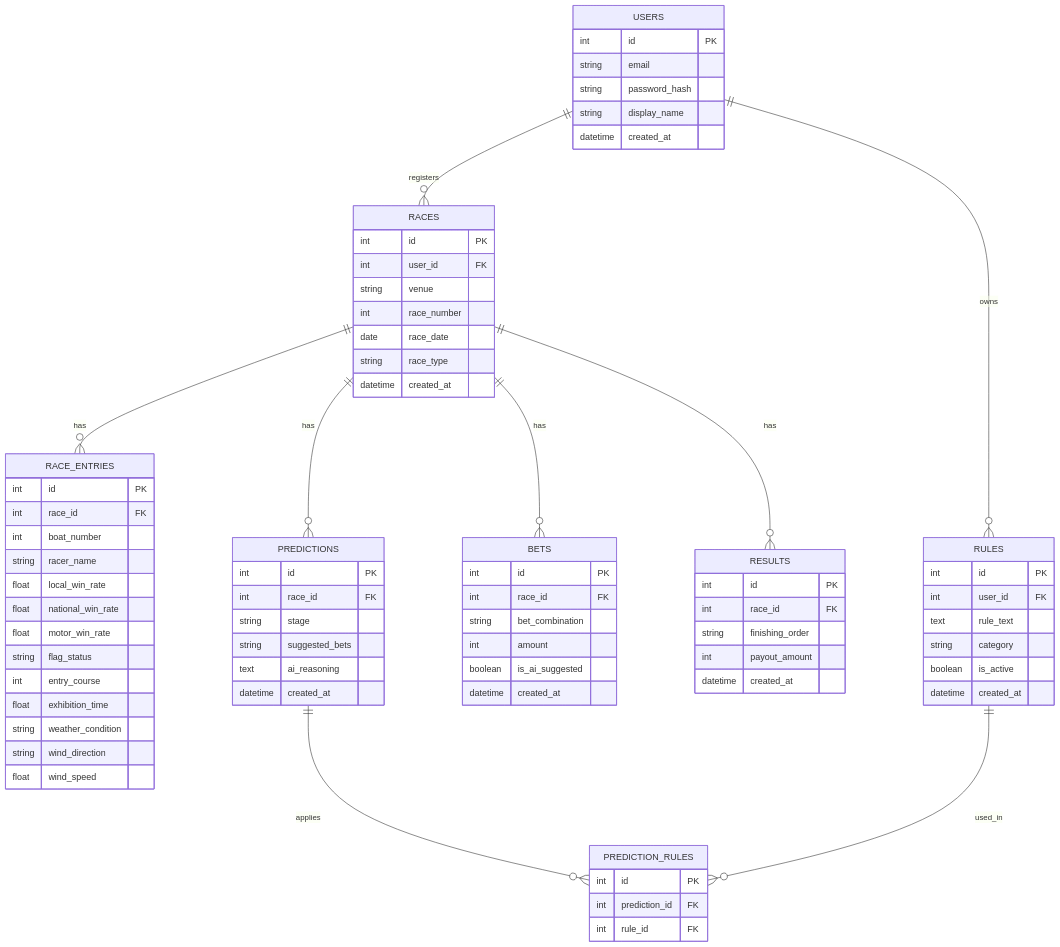
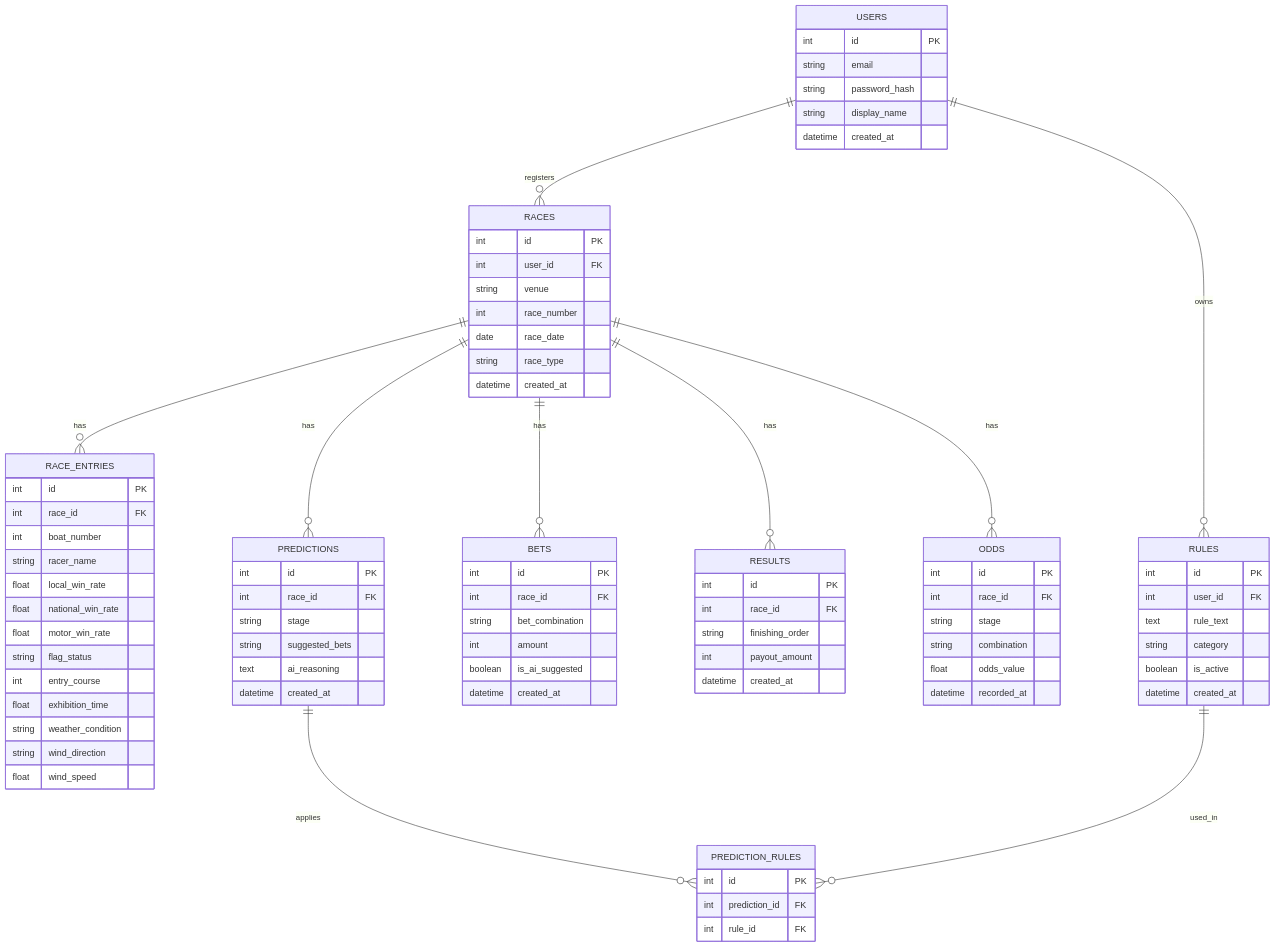
The first of 2 diagrams in docs/03_detailed_design.md (HattoriKaito/web-bulletin-board), drawn with Mermaid before and after one commit. The commit also changed other lines of this file and 11 other files, not shown here.

````diff
--- a/docs/03_detailed_design.md
+++ b/docs/03_detailed_design.md
@@ -18,6 +18,7 @@
     RACES ||--o{ PREDICTIONS : "has"
     RACES ||--o{ BETS : "has"
     RACES ||--o{ RESULTS : "has"
+    RACES ||--o{ ODDS : "has"
     PREDICTIONS ||--o{ PREDICTION_RULES : "applies"
     RULES ||--o{ PREDICTION_RULES : "used_in"
 
@@ -95,4 +96,13 @@
         int payout_amount
         datetime created_at
     }
+
+    ODDS {
+        int id PK
+        int race_id FK
+        string stage
+        string combination
+        float odds_value
+        datetime recorded_at
+    }
 ```
````
